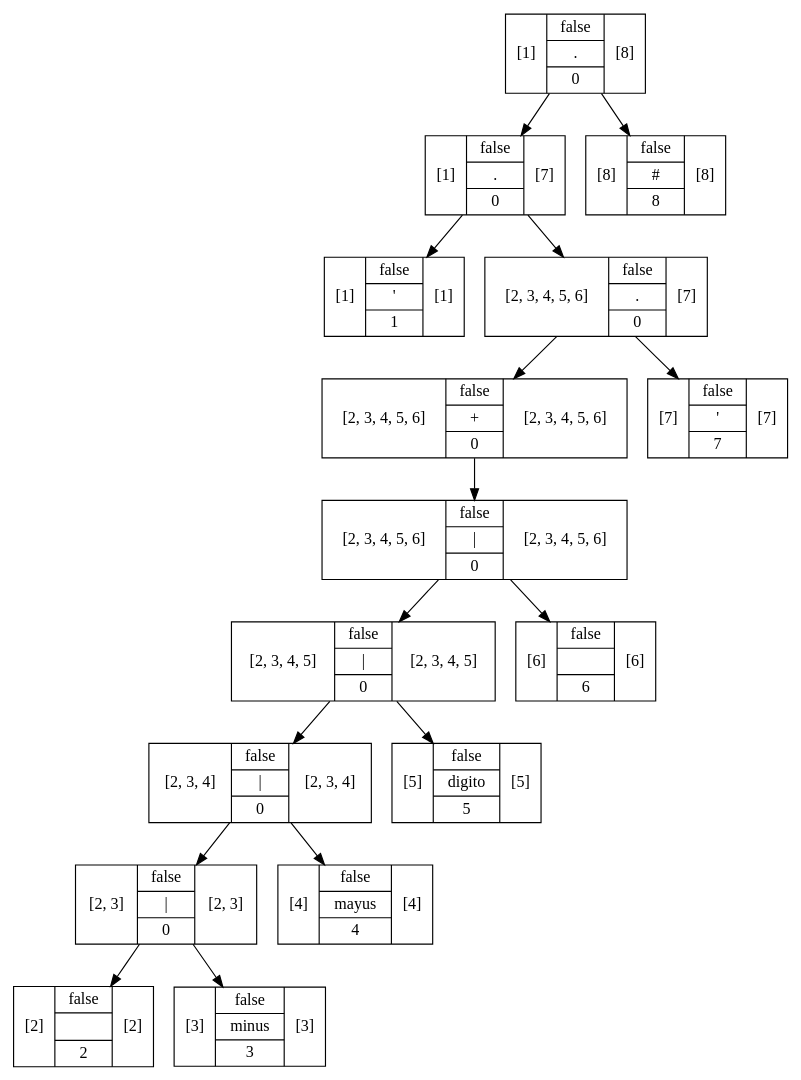
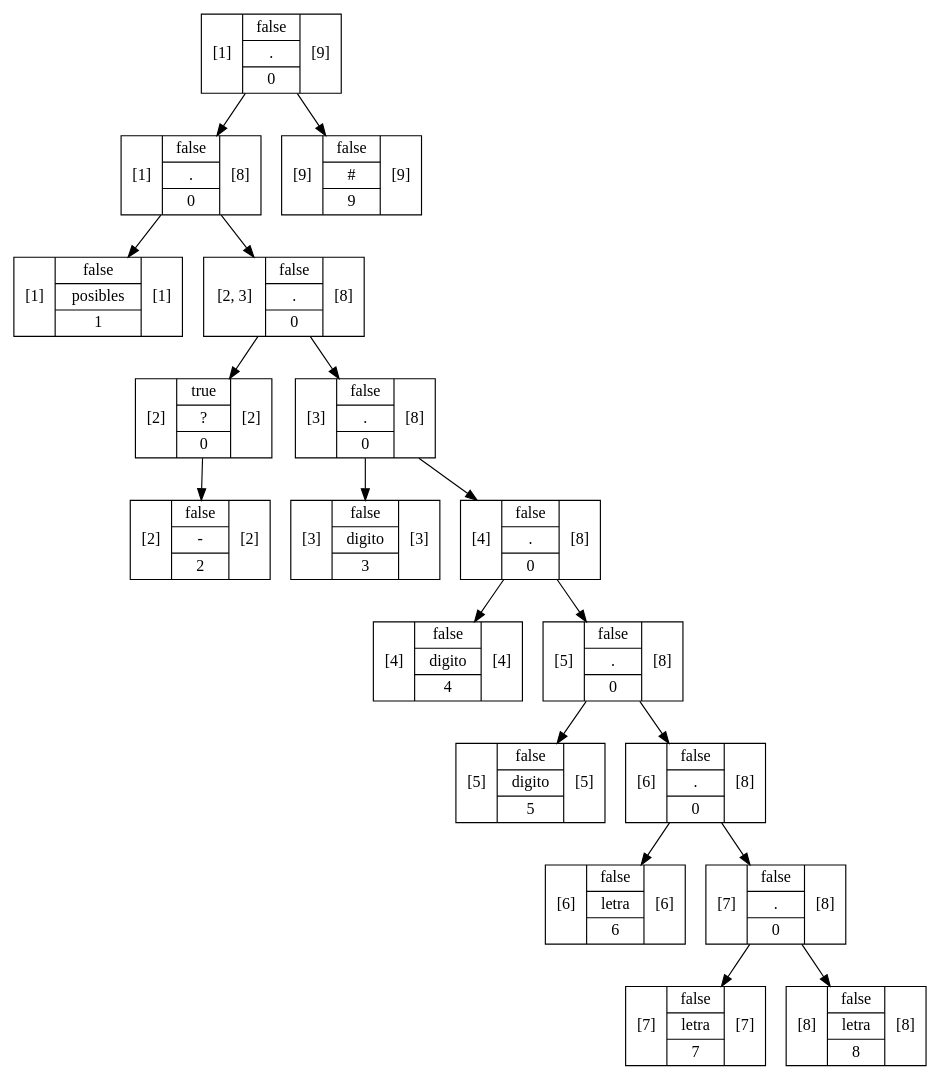
One commit to RojasCJP/Proyecto1_Compi1 changed the diagram in out/production/Proyecto1/Graphviz/Arbol16.dot. Above: the diagram before and after it, drawn with Graphviz. The commit also changed 456 other files, not shown here.

```diff
--- a/out/production/Proyecto1/Graphviz/Arbol16.dot
+++ b/out/production/Proyecto1/Graphviz/Arbol16.dot
@@ -1,33 +1,37 @@
 digraph structs {
-    node [shape=record];ArbolNodoMetodo61464902[label="[1]|{false|{\'}|1}|[1]"];
-ArbolNodoMetodo1da089cf[label="[2]|{false|{\n}|2}|[2]"];
-ArbolNodoMetodo2ab57713[label="[3]|{false|{minus}|3}|[3]"];
-ArbolNodoMetodo1934da58[label="[2, 3]|{false|{\|}|0}|[2, 3]"];
-ArbolNodoMetodo1934da58 -> ArbolNodoMetodo1da089cf;
-ArbolNodoMetodo1934da58 -> ArbolNodoMetodo2ab57713;
-ArbolNodoMetodo4a699e25[label="[4]|{false|{mayus}|4}|[4]"];
-ArbolNodoMetodo531e9856[label="[2, 3, 4]|{false|{\|}|0}|[2, 3, 4]"];
-ArbolNodoMetodo531e9856 -> ArbolNodoMetodo1934da58;
-ArbolNodoMetodo531e9856 -> ArbolNodoMetodo4a699e25;
-ArbolNodoMetodo529270c9[label="[5]|{false|{digito}|5}|[5]"];
-ArbolNodoMetodo6d4b96d9[label="[2, 3, 4, 5]|{false|{\|}|0}|[2, 3, 4, 5]"];
-ArbolNodoMetodo6d4b96d9 -> ArbolNodoMetodo531e9856;
-ArbolNodoMetodo6d4b96d9 -> ArbolNodoMetodo529270c9;
-ArbolNodoMetodo6b55a5e3[label="[6]|{false|{ }|6}|[6]"];
-ArbolNodoMetodo4c2e5cf7[label="[2, 3, 4, 5, 6]|{false|{\|}|0}|[2, 3, 4, 5, 6]"];
-ArbolNodoMetodo4c2e5cf7 -> ArbolNodoMetodo6d4b96d9;
-ArbolNodoMetodo4c2e5cf7 -> ArbolNodoMetodo6b55a5e3;
-ArbolNodoMetodod7b6983[label="[2, 3, 4, 5, 6]|{false|{+}|0}|[2, 3, 4, 5, 6]"];
-ArbolNodoMetodod7b6983 -> ArbolNodoMetodo4c2e5cf7;
-ArbolNodoMetodo3c37dbab[label="[7]|{false|{\'}|7}|[7]"];
-ArbolNodoMetodo7a8b1b73[label="[2, 3, 4, 5, 6]|{false|{.}|0}|[7]"];
-ArbolNodoMetodo7a8b1b73 -> ArbolNodoMetodod7b6983;
-ArbolNodoMetodo7a8b1b73 -> ArbolNodoMetodo3c37dbab;
-ArbolNodoMetodo44fc2931[label="[1]|{false|{.}|0}|[7]"];
-ArbolNodoMetodo44fc2931 -> ArbolNodoMetodo61464902;
-ArbolNodoMetodo44fc2931 -> ArbolNodoMetodo7a8b1b73;
-ArbolNodoMetodo129d675c[label="[8]|{false|{#}|8}|[8]"];
-ArbolNodoMetodo10f50c27[label="[1]|{false|{.}|0}|[8]"];
-ArbolNodoMetodo10f50c27 -> ArbolNodoMetodo44fc2931;
-ArbolNodoMetodo10f50c27 -> ArbolNodoMetodo129d675c;
+    node [shape=record];ArbolNodoMetodo1de61d30[label="[1]|{false|{posibles}|1}|[1]"];
+ArbolNodoMetodoea6b71a[label="[2]|{false|{-}|2}|[2]"];
+ArbolNodoMetodo5d9ea0c2[label="[2]|{true|{?}|0}|[2]"];
+ArbolNodoMetodo5d9ea0c2 -> ArbolNodoMetodoea6b71a;
+ArbolNodoMetodo15723f76[label="[3]|{false|{digito}|3}|[3]"];
+ArbolNodoMetodo3850af75[label="[4]|{false|{digito}|4}|[4]"];
+ArbolNodoMetodo375d102[label="[5]|{false|{digito}|5}|[5]"];
+ArbolNodoMetodo2bc5f91e[label="[6]|{false|{letra}|6}|[6]"];
+ArbolNodoMetodo2fc8fa9f[label="[7]|{false|{letra}|7}|[7]"];
+ArbolNodoMetodo125ec314[label="[8]|{false|{letra}|8}|[8]"];
+ArbolNodoMetodo3f0efd9c[label="[7]|{false|{.}|0}|[8]"];
+ArbolNodoMetodo3f0efd9c -> ArbolNodoMetodo2fc8fa9f;
+ArbolNodoMetodo3f0efd9c -> ArbolNodoMetodo125ec314;
+ArbolNodoMetodo3b07ee6a[label="[6]|{false|{.}|0}|[8]"];
+ArbolNodoMetodo3b07ee6a -> ArbolNodoMetodo2bc5f91e;
+ArbolNodoMetodo3b07ee6a -> ArbolNodoMetodo3f0efd9c;
+ArbolNodoMetodo53f3e797[label="[5]|{false|{.}|0}|[8]"];
+ArbolNodoMetodo53f3e797 -> ArbolNodoMetodo375d102;
+ArbolNodoMetodo53f3e797 -> ArbolNodoMetodo3b07ee6a;
+ArbolNodoMetodo3751c89e[label="[4]|{false|{.}|0}|[8]"];
+ArbolNodoMetodo3751c89e -> ArbolNodoMetodo3850af75;
+ArbolNodoMetodo3751c89e -> ArbolNodoMetodo53f3e797;
+ArbolNodoMetodo7f7b21f5[label="[3]|{false|{.}|0}|[8]"];
+ArbolNodoMetodo7f7b21f5 -> ArbolNodoMetodo15723f76;
+ArbolNodoMetodo7f7b21f5 -> ArbolNodoMetodo3751c89e;
+ArbolNodoMetodo7b8be4ce[label="[2, 3]|{false|{.}|0}|[8]"];
+ArbolNodoMetodo7b8be4ce -> ArbolNodoMetodo5d9ea0c2;
+ArbolNodoMetodo7b8be4ce -> ArbolNodoMetodo7f7b21f5;
+ArbolNodoMetodo37886b77[label="[1]|{false|{.}|0}|[8]"];
+ArbolNodoMetodo37886b77 -> ArbolNodoMetodo1de61d30;
+ArbolNodoMetodo37886b77 -> ArbolNodoMetodo7b8be4ce;
+ArbolNodoMetodoea44020[label="[9]|{false|{#}|9}|[9]"];
+ArbolNodoMetodo2876bc88[label="[1]|{false|{.}|0}|[9]"];
+ArbolNodoMetodo2876bc88 -> ArbolNodoMetodo37886b77;
+ArbolNodoMetodo2876bc88 -> ArbolNodoMetodoea44020;
 }
```
